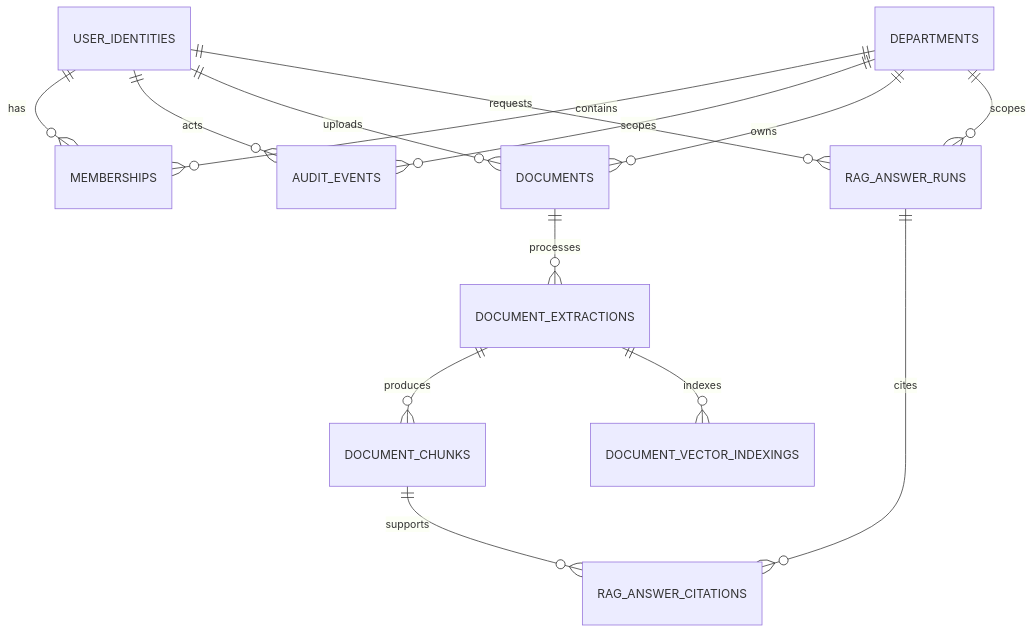
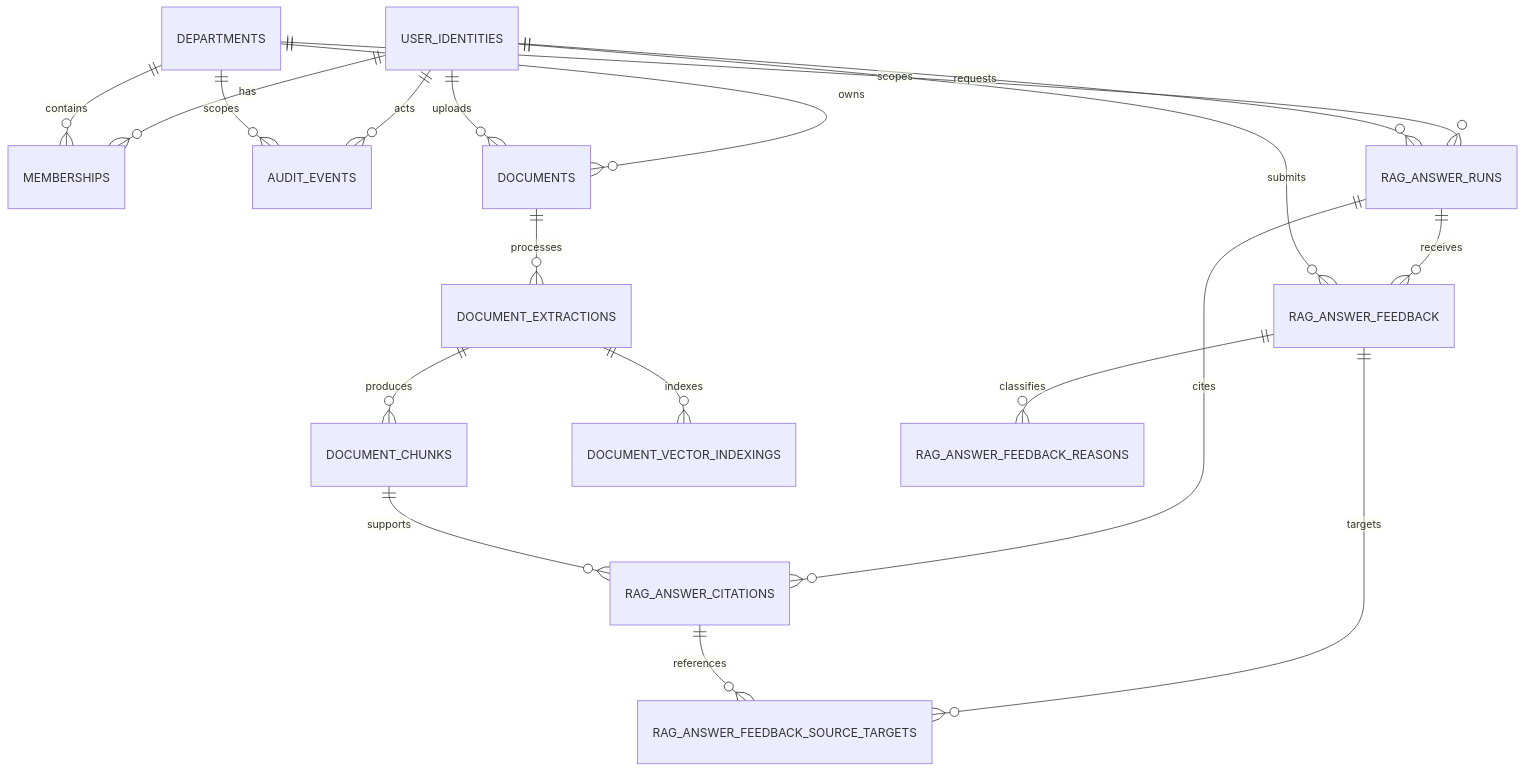
One commit to Easonsusu/DeptSLM changed the diagram in docs/database-model.md. Above: the diagram before and after it, drawn with Mermaid. The commit also changed other lines of this file and 41 other files, not shown here.

````diff
--- a/docs/database-model.md
+++ b/docs/database-model.md
@@ -7,16 +7,21 @@
 ```mermaid
 erDiagram
     USER_IDENTITIES ||--o{ MEMBERSHIPS : has
     DEPARTMENTS ||--o{ MEMBERSHIPS : contains
     USER_IDENTITIES ||--o{ AUDIT_EVENTS : acts
     DEPARTMENTS ||--o{ AUDIT_EVENTS : scopes
     DEPARTMENTS ||--o{ DOCUMENTS : owns
     USER_IDENTITIES ||--o{ DOCUMENTS : uploads
     DOCUMENTS ||--o{ DOCUMENT_EXTRACTIONS : processes
     DOCUMENT_EXTRACTIONS ||--o{ DOCUMENT_CHUNKS : produces
     DOCUMENT_EXTRACTIONS ||--o{ DOCUMENT_VECTOR_INDEXINGS : indexes
     DEPARTMENTS ||--o{ RAG_ANSWER_RUNS : scopes
     USER_IDENTITIES ||--o{ RAG_ANSWER_RUNS : requests
     RAG_ANSWER_RUNS ||--o{ RAG_ANSWER_CITATIONS : cites
     DOCUMENT_CHUNKS ||--o{ RAG_ANSWER_CITATIONS : supports
+    RAG_ANSWER_RUNS ||--o{ RAG_ANSWER_FEEDBACK : receives
+    USER_IDENTITIES ||--o{ RAG_ANSWER_FEEDBACK : submits
+    RAG_ANSWER_FEEDBACK ||--o{ RAG_ANSWER_FEEDBACK_REASONS : classifies
+    RAG_ANSWER_FEEDBACK ||--o{ RAG_ANSWER_FEEDBACK_SOURCE_TARGETS : targets
+    RAG_ANSWER_CITATIONS ||--o{ RAG_ANSWER_FEEDBACK_SOURCE_TARGETS : references
 ```
````
